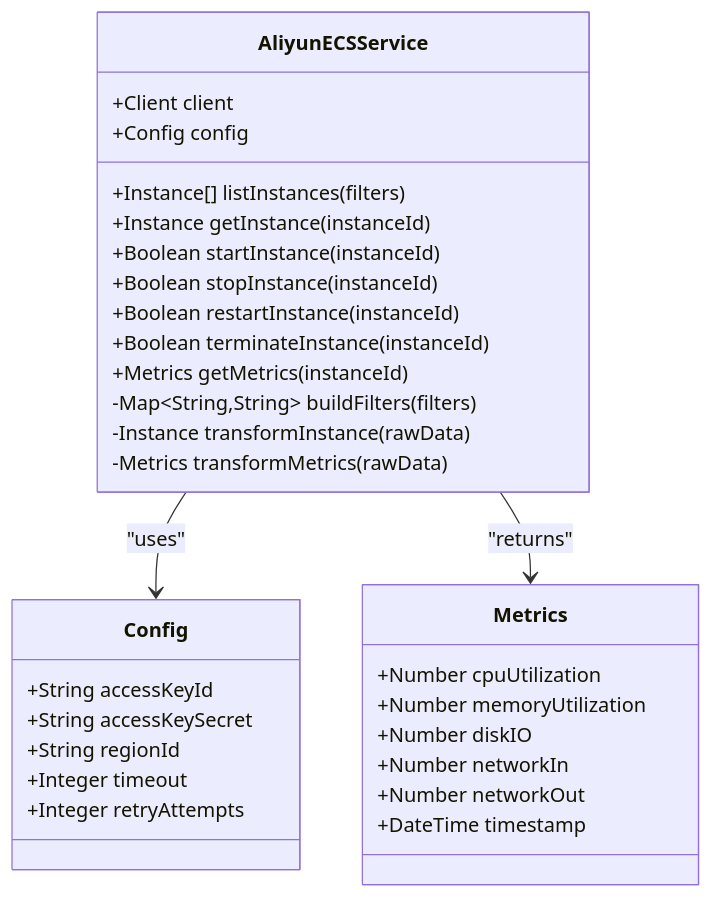
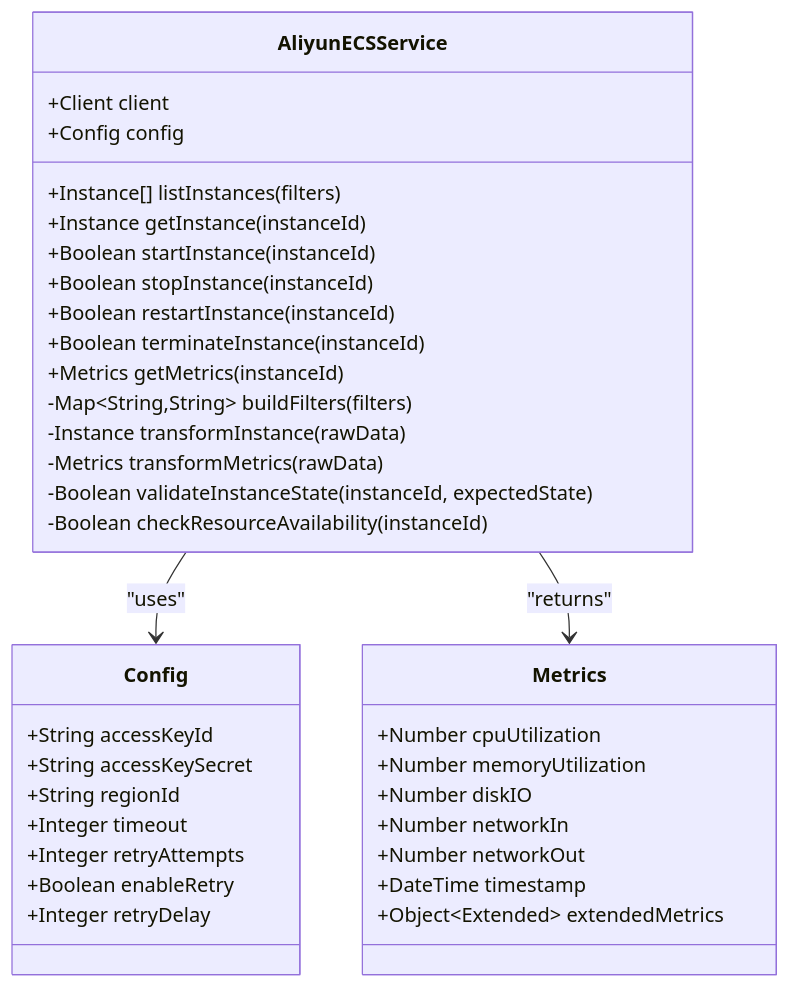
The fifth of 6 diagrams in .qoder/repowiki/en/content/Frontend Development/Page Components & Routing/Active Resource Monitoring.md (14Lucifer/hackathon_ecs_creator), drawn with Mermaid before and after one commit. The commit also changed other lines of this file and 120 other files, not shown here.

````diff
--- a/.qoder/repowiki/en/content/Frontend Development/Page Components & Routing/Active Resource Monitoring.md
+++ b/.qoder/repowiki/en/content/Frontend Development/Page Components & Routing/Active Resource Monitoring.md
@@ -244,34 +292,39 @@
 ```mermaid
 classDiagram
 class AliyunECSService {
 +Client client
 +Config config
 +Instance[] listInstances(filters)
 +Instance getInstance(instanceId)
 +Boolean startInstance(instanceId)
 +Boolean stopInstance(instanceId)
 +Boolean restartInstance(instanceId)
 +Boolean terminateInstance(instanceId)
 +Metrics getMetrics(instanceId)
 -Map~String,String~ buildFilters(filters)
 -Instance transformInstance(rawData)
 -Metrics transformMetrics(rawData)
+-Boolean validateInstanceState(instanceId, expectedState)
+-Boolean checkResourceAvailability(instanceId)
 }
 class Config {
 +String accessKeyId
 +String accessKeySecret
 +String regionId
 +Integer timeout
 +Integer retryAttempts
++Boolean enableRetry
++Integer retryDelay
 }
 class Metrics {
 +Number cpuUtilization
 +Number memoryUtilization
 +Number diskIO
 +Number networkIn
 +Number networkOut
 +DateTime timestamp
++Object~Extended~ extendedMetrics
 }
 AliyunECSService --> Config : "uses"
 AliyunECSService --> Metrics : "returns"
 ```
````
